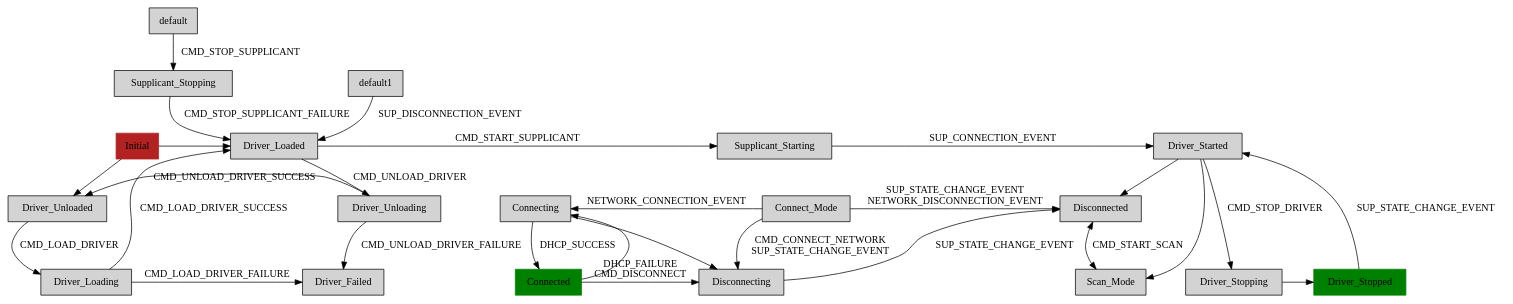
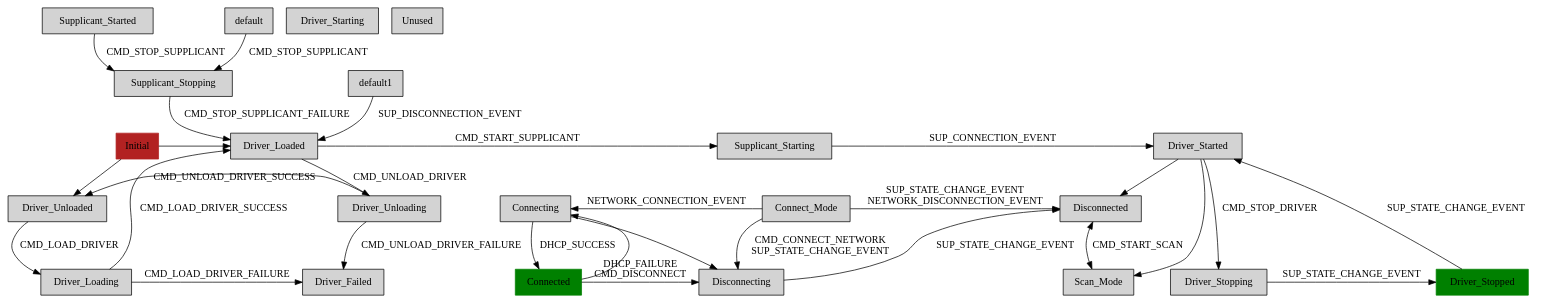
Before and after one commit to cambridgehackers/klaatu-language-gitorious: the diagram in fsm/wifistates.dot, drawn with Graphviz. The commit also changed 4 other files, not shown here.

```diff
--- a/fsm/wifistates.dot
+++ b/fsm/wifistates.dot
@@ -1,42 +1,51 @@
 digraph wifistates {
     node [shape=box style=filled]
 
     { rank=same; Initial Driver_Loaded Supplicant_Starting Driver_Started }
     { rank=same; Driver_Unloaded Driver_Unloading }
     { rank=same; Driver_Loading Driver_Failed }
     { rank=same; Connect_Mode Connecting Disconnected }
     { rank=same; Connected Disconnecting }
     { rank=same; Driver_Stopped Scan_Mode Driver_Stopping }
 
     Connect_Mode -> Disconnected [ label="SUP_STATE_CHANGE_EVENT\nNETWORK_DISCONNECTION_EVENT" ]
     Connect_Mode -> Disconnecting [ label="CMD_CONNECT_NETWORK\nSUP_STATE_CHANGE_EVENT" ]
     Connected -> Connecting 
     Connected -> Disconnecting [ label="DHCP_FAILURE\nCMD_DISCONNECT" ]
     Connecting -> Connect_Mode [ dir=back label=NETWORK_CONNECTION_EVENT ]
     Connecting -> Connected [ label="DHCP_SUCCESS" ]
     Connecting -> Disconnecting
     Disconnected -> Scan_Mode [ dir=both label=CMD_START_SCAN ]
     Disconnecting -> Disconnected [ label=SUP_STATE_CHANGE_EVENT ]
     Driver_Failed -> Driver_Unloading [dir=back label=CMD_UNLOAD_DRIVER_FAILURE ]
     Driver_Loaded -> Driver_Unloading [ label=CMD_UNLOAD_DRIVER ]
     Driver_Loaded -> Supplicant_Starting [ label=CMD_START_SUPPLICANT ]
     Driver_Loading -> Driver_Failed [label=CMD_LOAD_DRIVER_FAILURE]
     Driver_Loading -> Driver_Loaded [label=CMD_LOAD_DRIVER_SUCCESS]
     Driver_Started -> Disconnected
     Driver_Started -> Driver_Stopping [ label=CMD_STOP_DRIVER ]
     Driver_Started -> Scan_Mode 
     Driver_Stopped -> Driver_Started [ label=SUP_STATE_CHANGE_EVENT ]
-    Driver_Stopping -> Driver_Stopped
+    Driver_Stopping -> Driver_Stopped [ label=SUP_STATE_CHANGE_EVENT ]
     Driver_Unloaded -> Driver_Loading [ label=CMD_LOAD_DRIVER ]
     Driver_Unloaded -> Driver_Unloading [dir=back label=CMD_UNLOAD_DRIVER_SUCCESS ]
     Initial -> Driver_Loaded
     Initial -> Driver_Unloaded
+    Supplicant_Started -> Supplicant_Stopping [ label=CMD_STOP_SUPPLICANT ]
     Supplicant_Starting -> Driver_Started [ label=SUP_CONNECTION_EVENT ]
     Supplicant_Stopping -> Driver_Loaded [ label=CMD_STOP_SUPPLICANT_FAILURE ]
     default -> Supplicant_Stopping [ label=CMD_STOP_SUPPLICANT ]
     default1 -> Driver_Loaded [ label=SUP_DISCONNECTION_EVENT ]
 
     Initial [ color=firebrick ]; 
     Connected [ color=green ]; 
     Driver_Stopped [ color=green ]; 
+    Driver_Loading [ defer="CMD_LOAD_DRIVER\nCMD_UNLOAD_DRIVER\nCMD_START_SUPPLICANT\nCMD_STOP_SUPPLICANT\nCMD_START_DRIVER\nCMD_STOP_DRIVER" ];
+    Driver_Unloading [ defer="CMD_LOAD_DRIVER\nCMD_UNLOAD_DRIVER\nCMD_START_SUPPLICANT\nCMD_STOP_SUPPLICANT\nCMD_START_DRIVER\nCMD_STOP_DRIVER" ];
+    Supplicant_Starting [ defer="CMD_LOAD_DRIVER\nCMD_UNLOAD_DRIVER\nCMD_START_SUPPLICANT\nCMD_STOP_SUPPLICANT\nCMD_START_DRIVER\nCMD_STOP_DRIVER" ];
+    Driver_Stopping [ defer="CMD_START_DRIVER\nCMD_STOP_DRIVER\nNETWORK_CONNECTION_EVENT\nNETWORK_DISCONNECTION_EVENT\nAUTHENTICATION_FAILURE_EVENT\nCMD_START_SCAN\nCMD_DISCONNECT\nCMD_REASSOCIATE\nCMD_RECONNECT" ];
+    Driver_Stopped [ defer="CMD_STOP_DRIVER\nNETWORK_CONNECTION_EVENT\nNETWORK_DISCONNECTION_EVENT\nAUTHENTICATION_FAILURE_EVENT\nCMD_DISCONNECT\nCMD_REASSOCIATE\nCMD_RECONNECT" ];
+    Driver_Starting [ defer="CMD_START_DRIVER\nCMD_STOP_DRIVER\nNETWORK_CONNECTION_EVENT\nNETWORK_DISCONNECTION_EVENT\nAUTHENTICATION_FAILURE_EVENT\nCMD_START_SCAN\nCMD_DISCONNECT\nCMD_REASSOCIATE\nCMD_RECONNECT" ];
+    Connecting [ defer="CMD_START_SCAN" ];
+    Unused [ defer="CMD_ADD_OR_UPDATE_NETWORK\nCMD_DISABLE_NETWORK\nCMD_ENABLE_BACKGROUND_SCAN\nCMD_ENABLE_NETWORK\nCMD_ENABLE_RSSI_POLL\nCMD_REMOVE_NETWORK\nCMD_RSSI_POLL\nCMD_SELECT_NETWORK\nCMD_STOP_SUPPLICANT_SUCCESS\nSUP_SCAN_RESULTS_EVENT" ];
 }
```
